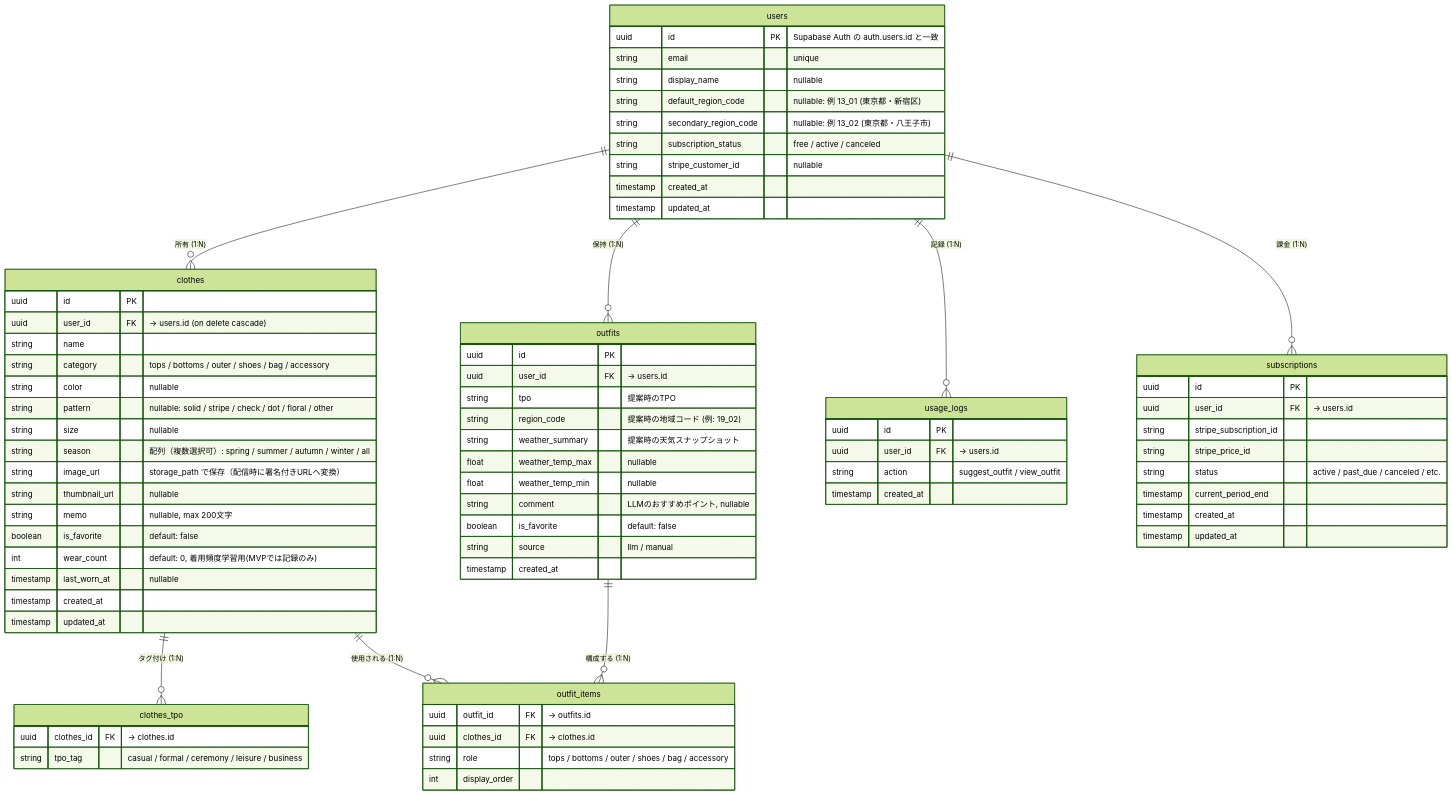
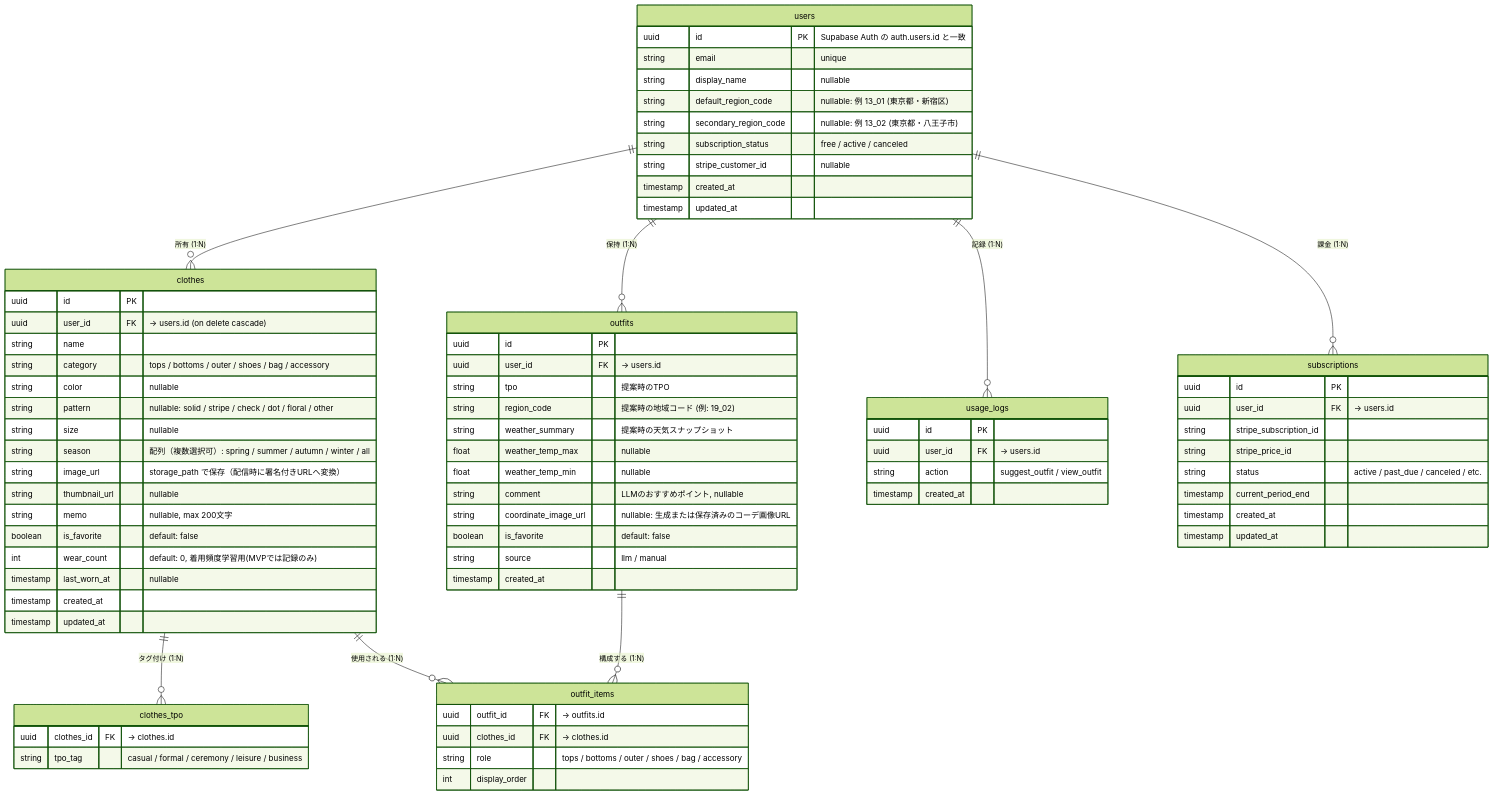
The diagram in docs/er-diagram.md (ms-engineer-bc26-01/teamB_section_9), drawn with Mermaid (forest theme) before and after one commit. The commit also changed 8 other files, not shown here.

```diff
--- a/docs/er-diagram.md
+++ b/docs/er-diagram.md
@@ -49,6 +49,7 @@
     float weather_temp_max "nullable"
     float weather_temp_min "nullable"
     string comment "LLMのおすすめポイント, nullable"
+    string coordinate_image_url "nullable: 生成または保存済みのコーデ画像URL"
     boolean is_favorite "default: false"
     string source "llm / manual"
     timestamp created_at
```
